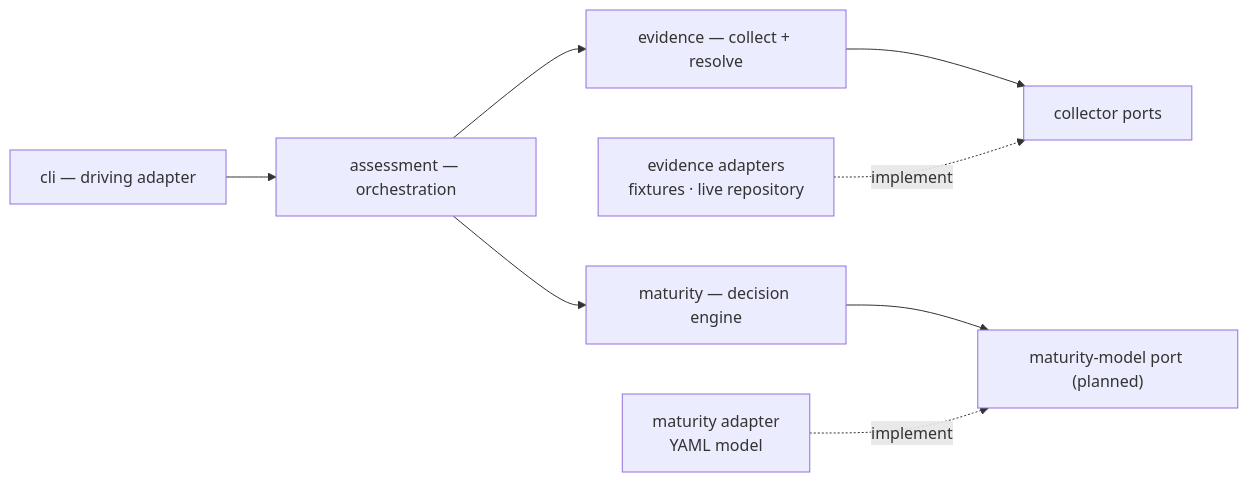
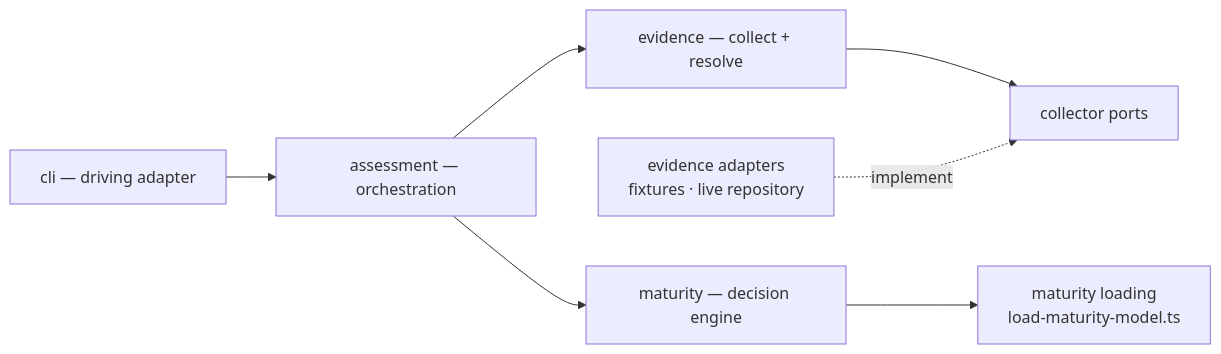
Before and after one commit to BlandineRdl/aidd-audit: the diagram in aidd_docs/memory/architecture.md, drawn with Mermaid. The commit also changed other lines of this file and 26 other files, not shown here.

````diff
--- a/aidd_docs/memory/architecture.md
+++ b/aidd_docs/memory/architecture.md
@@ -21,13 +21,12 @@
 ```mermaid id="wjrf9s"
 flowchart LR
   CLI["cli — driving adapter"] --> ASSESS["assessment — orchestration"]
 
   ASSESS --> EV["evidence — collect + resolve"]
   ASSESS --> MAT["maturity — decision engine"]
 
   EV --> EPORT["collector ports"]
-  MAT --> MPORT["maturity-model port (planned)"]
+  MAT --> MAD["maturity loading<br/>load-maturity-model.ts"]
 
   EAD["evidence adapters<br/>fixtures · live repository"] -.->|implement| EPORT
-  MAD["maturity adapter<br/>YAML model"] -.->|implement| MPORT
 ```
````
